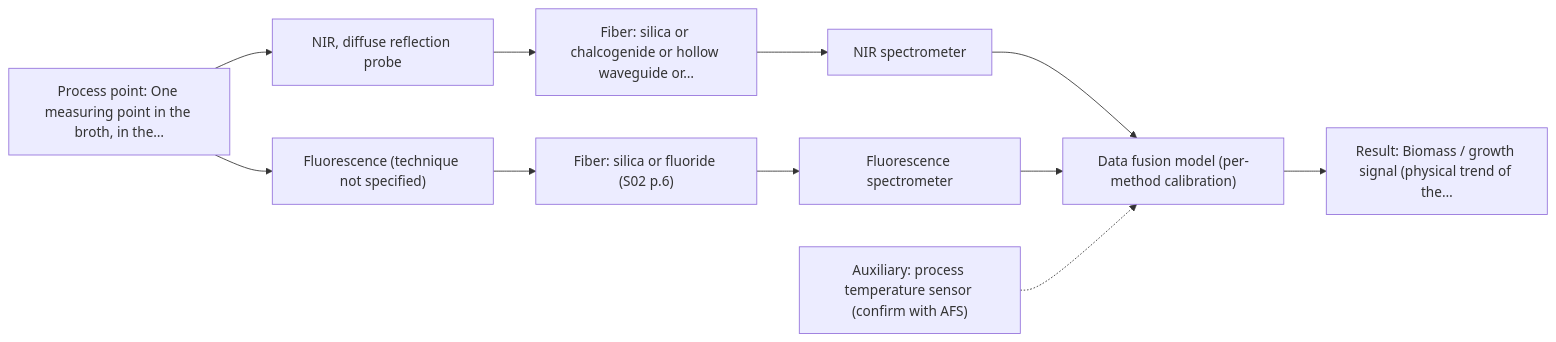
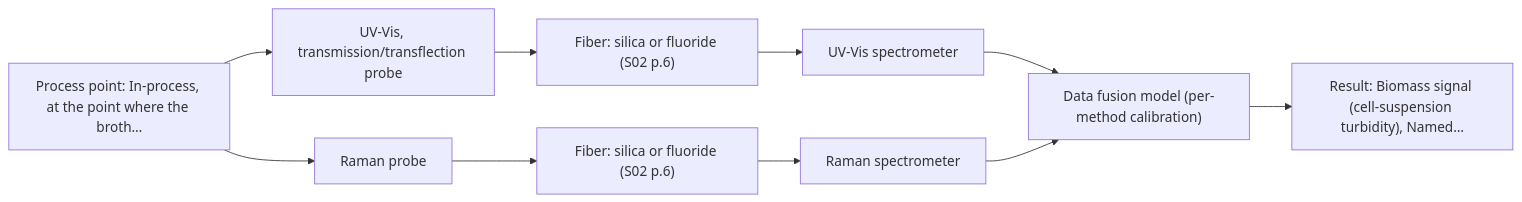
Before and after one commit to sleipnir029/Afs-Spectroscopy-Assistant: the second of 2 diagrams in outputs/dev/D05.md, drawn with Mermaid. The commit also changed other lines of this file and 15 other files, not shown here.

Commit message:
3.R2 dev run outputs: 8/8 complete, 0 hard failures, 227/227 citations, 14/14 charts

````diff
--- a/outputs/dev/D05.md
+++ b/outputs/dev/D05.md
@@ -55,23 +60,21 @@
 ```mermaid
 flowchart LR
-    proc["Process point: One measuring point in the broth, in the…"]
-    probe1["NIR, diffuse reflection probe"]
-    fiber1["Fiber: silica or chalcogenide or hollow waveguide or…"]
-    spec1["NIR spectrometer"]
-    probe2["Fluorescence (technique not specified)"]
+    proc["Process point: In-process, at the point where the broth…"]
+    probe1["UV-Vis, transmission/transflection probe"]
+    fiber1["Fiber: silica or fluoride (S02 p.6)"]
+    spec1["UV-Vis spectrometer"]
+    probe2["Raman probe"]
     fiber2["Fiber: silica or fluoride (S02 p.6)"]
-    spec2["Fluorescence spectrometer"]
+    spec2["Raman spectrometer"]
     model["Data fusion model (per-method calibration)"]
-    result["Result: Biomass / growth signal (physical trend of the…"]
-    aux1["Auxiliary: process temperature sensor (confirm with AFS)"]
+    result["Result: Biomass signal (cell-suspension turbidity), Named…"]
     proc --> probe1
     probe1 --> fiber1
     fiber1 --> spec1
     spec1 --> model
     proc --> probe2
     probe2 --> fiber2
     fiber2 --> spec2
     spec2 --> model
     model --> result
-    aux1 -.-> model
 ```
````
